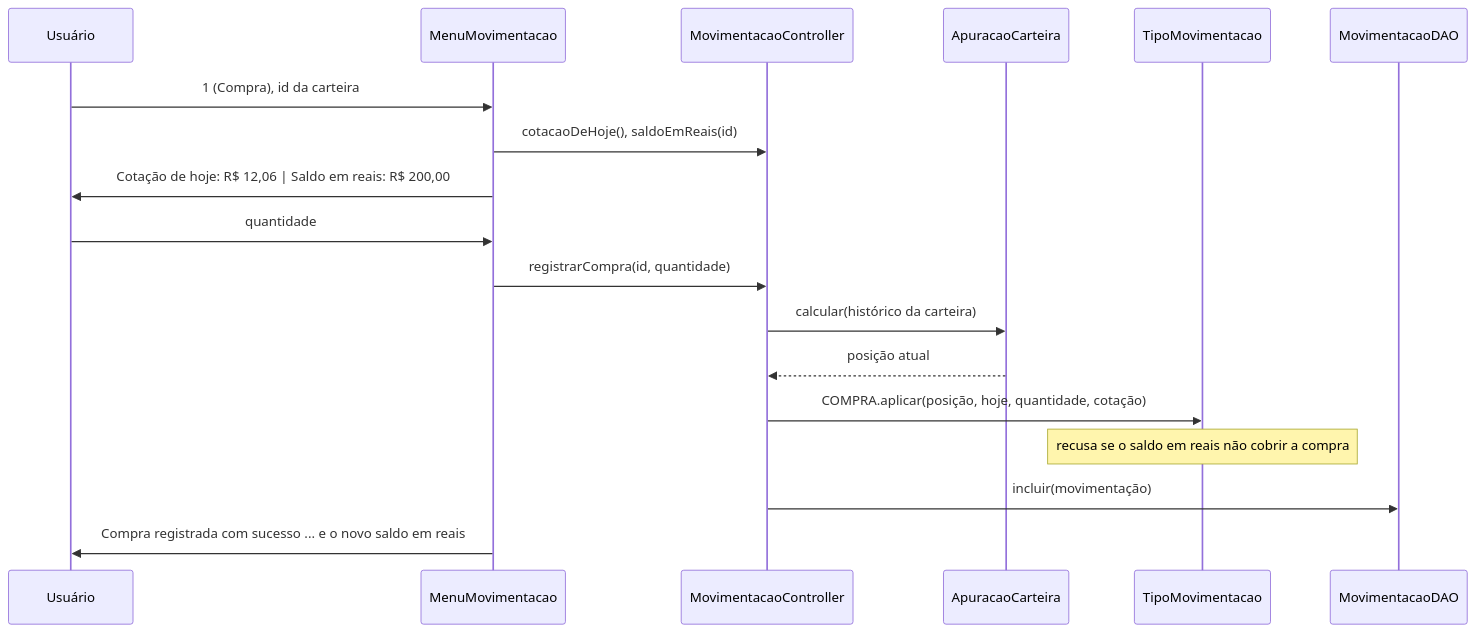
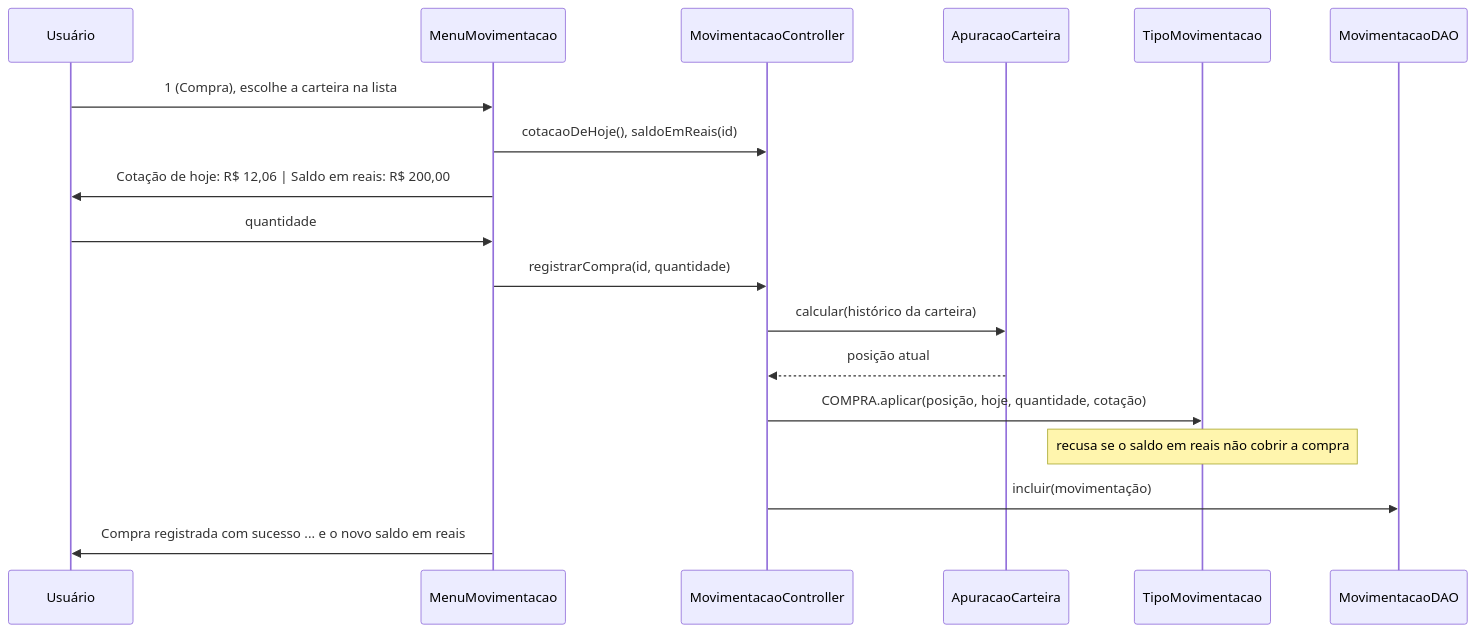
The second of 2 diagrams in docs/fluxo-movimentacao.md (CassianoBorborema/FT_Coin), drawn with Mermaid before and after one commit. The commit also changed other lines of this file and 26 other files, not shown here.

First line of the commit message:
Escolha de carteira pela lista, sem digitar o identificador (#9)

````diff
--- a/docs/fluxo-movimentacao.md
+++ b/docs/fluxo-movimentacao.md
@@ -54,21 +54,21 @@
 ```mermaid
 sequenceDiagram
     participant U as Usuário
     participant MM as MenuMovimentacao
     participant C as MovimentacaoController
     participant A as ApuracaoCarteira
     participant T as TipoMovimentacao
     participant D as MovimentacaoDAO
 
-    U->>MM: 1 (Compra), id da carteira
+    U->>MM: 1 (Compra), escolhe a carteira na lista
     MM->>C: cotacaoDeHoje(), saldoEmReais(id)
     MM->>U: Cotação de hoje: R$ 12,06 | Saldo em reais: R$ 200,00
     U->>MM: quantidade
     MM->>C: registrarCompra(id, quantidade)
     C->>A: calcular(histórico da carteira)
     A-->>C: posição atual
     C->>T: COMPRA.aplicar(posição, hoje, quantidade, cotação)
     Note over T: recusa se o saldo em reais não cobrir a compra
     C->>D: incluir(movimentação)
     MM->>U: Compra registrada com sucesso ... e o novo saldo em reais
 ```
````
